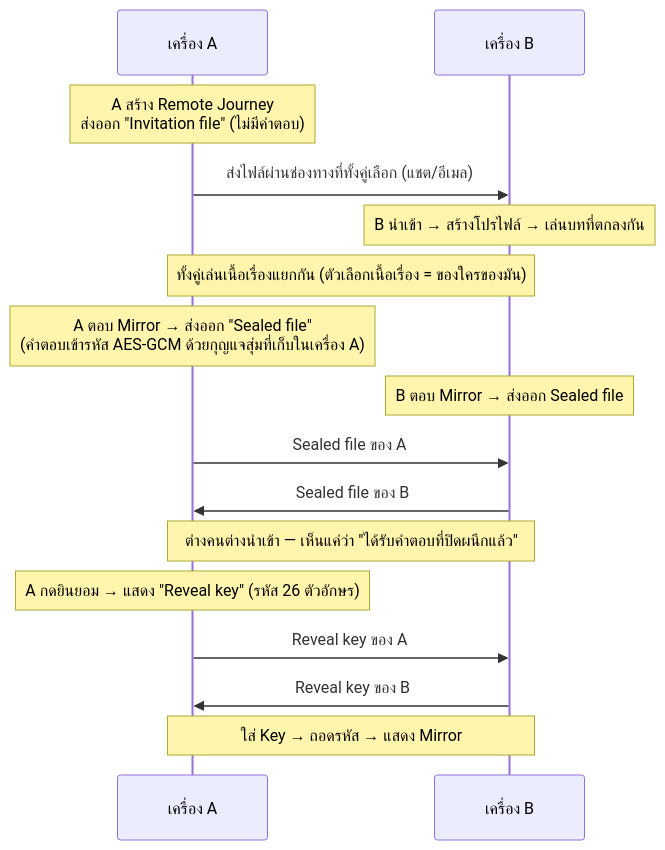
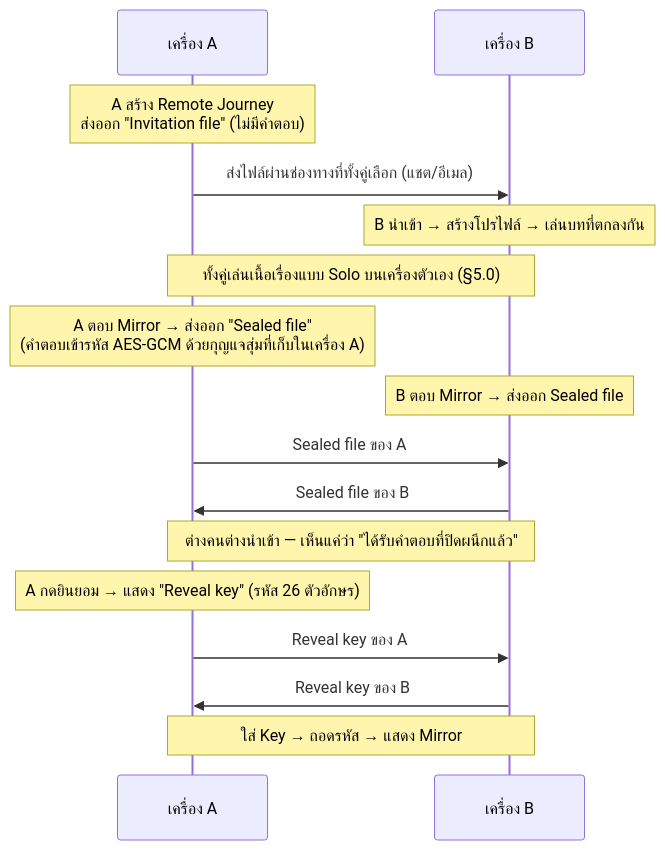
Before and after one commit to Bxbt/IF-YOU-WERE-ME-AND-I-WERE-YOU: the third of 4 diagrams in docs/05-game-flow.md, drawn with Mermaid. The commit also changed other lines of this file and 13 other files, not shown here.

````diff
--- a/docs/05-game-flow.md
+++ b/docs/05-game-flow.md
@@ -165,18 +174,18 @@
 ```mermaid
 sequenceDiagram
     participant A as เครื่อง A
     participant B as เครื่อง B
     Note over A: A สร้าง Remote Journey<br/>ส่งออก "Invitation file" (ไม่มีคำตอบ)
     A->>B: ส่งไฟล์ผ่านช่องทางที่ทั้งคู่เลือก (แชต/อีเมล)
     Note over B: B นำเข้า → สร้างโปรไฟล์ → เล่นบทที่ตกลงกัน
-    Note over A,B: ทั้งคู่เล่นเนื้อเรื่องแยกกัน (ตัวเลือกเนื้อเรื่อง = ของใครของมัน)
+    Note over A,B: ทั้งคู่เล่นเนื้อเรื่องแบบ Solo บนเครื่องตัวเอง (§5.0)
     Note over A: A ตอบ Mirror → ส่งออก "Sealed file"<br/>(คำตอบเข้ารหัส AES-GCM ด้วยกุญแจสุ่มที่เก็บในเครื่อง A)
     Note over B: B ตอบ Mirror → ส่งออก Sealed file
     A->>B: Sealed file ของ A
     B->>A: Sealed file ของ B
     Note over A,B: ต่างคนต่างนำเข้า — เห็นแค่ว่า "ได้รับคำตอบที่ปิดผนึกแล้ว"
     Note over A: A กดยินยอม → แสดง "Reveal key" (รหัส 26 ตัวอักษร)
     A->>B: Reveal key ของ A
     B->>A: Reveal key ของ B
     Note over A,B: ใส่ Key → ถอดรหัส → แสดง Mirror
 ```
````
